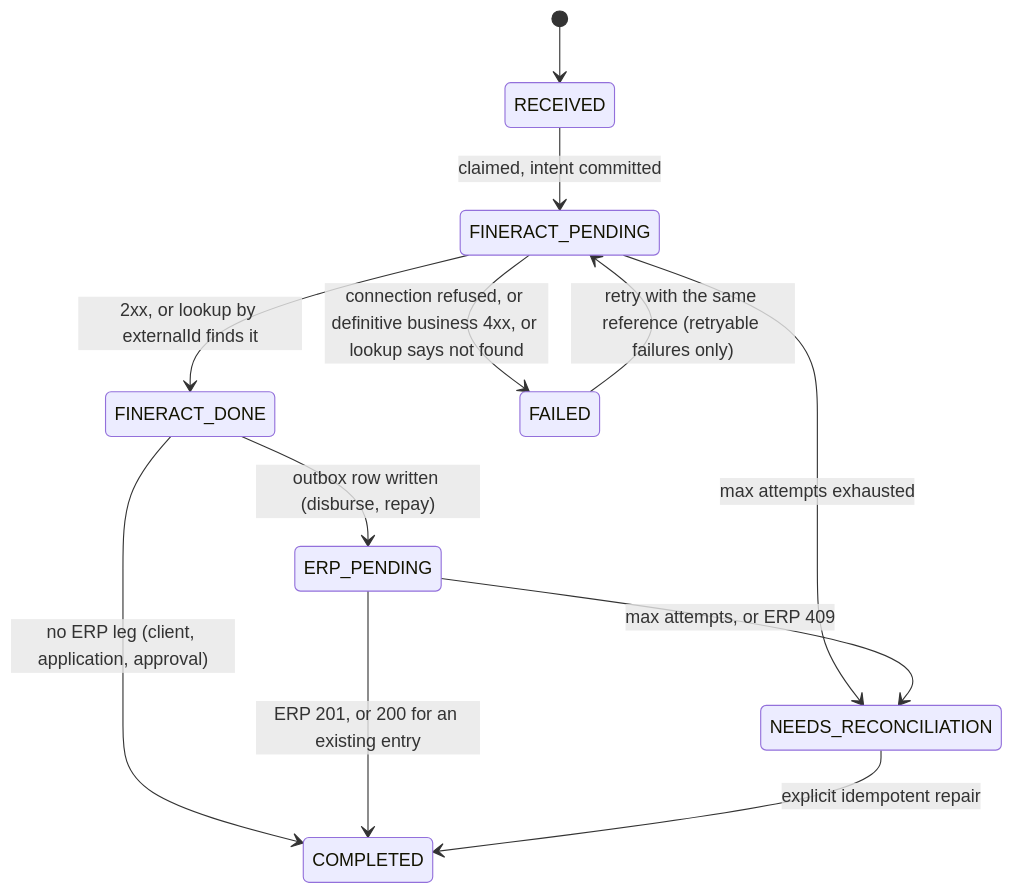
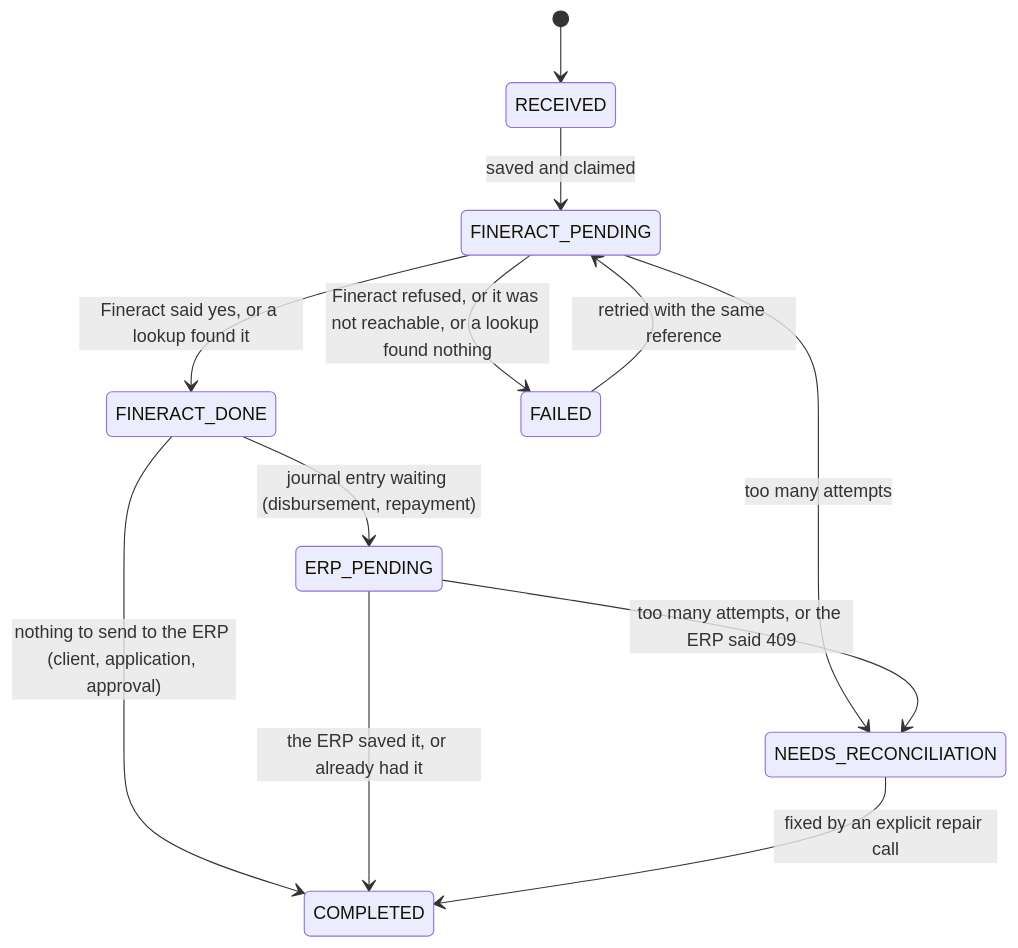
Before and after one commit to wmnjuguna/Inkomoko-Interview: the third of 3 diagrams in ARCHITECTURE.md, drawn with Mermaid. The commit also changed other lines of this file, not shown here.

Commit message:
docs: rewrite architecture in plain language with parent accounts

````diff
--- a/ARCHITECTURE.md
+++ b/ARCHITECTURE.md
@@ -136,14 +139,14 @@
 ```mermaid
 stateDiagram-v2
   [*] --> RECEIVED
-  RECEIVED --> FINERACT_PENDING: claimed, intent committed
-  FINERACT_PENDING --> FINERACT_DONE: 2xx, or lookup by externalId finds it
-  FINERACT_PENDING --> FAILED: connection refused, or definitive business 4xx, or lookup says not found
-  FAILED --> FINERACT_PENDING: retry with the same reference (retryable failures only)
-  FINERACT_DONE --> ERP_PENDING: outbox row written (disburse, repay)
-  FINERACT_DONE --> COMPLETED: no ERP leg (client, application, approval)
-  ERP_PENDING --> COMPLETED: ERP 201, or 200 for an existing entry
-  FINERACT_PENDING --> NEEDS_RECONCILIATION: max attempts exhausted
-  ERP_PENDING --> NEEDS_RECONCILIATION: max attempts, or ERP 409
-  NEEDS_RECONCILIATION --> COMPLETED: explicit idempotent repair
+  RECEIVED --> FINERACT_PENDING: saved and claimed
+  FINERACT_PENDING --> FINERACT_DONE: Fineract said yes, or a lookup found it
+  FINERACT_PENDING --> FAILED: Fineract refused, or it was not reachable, or a lookup found nothing
+  FAILED --> FINERACT_PENDING: retried with the same reference
+  FINERACT_DONE --> ERP_PENDING: journal entry waiting (disbursement, repayment)
+  FINERACT_DONE --> COMPLETED: nothing to send to the ERP (client, application, approval)
+  ERP_PENDING --> COMPLETED: the ERP saved it, or already had it
+  FINERACT_PENDING --> NEEDS_RECONCILIATION: too many attempts
+  ERP_PENDING --> NEEDS_RECONCILIATION: too many attempts, or the ERP said 409
+  NEEDS_RECONCILIATION --> COMPLETED: fixed by an explicit repair call
 ```
````
